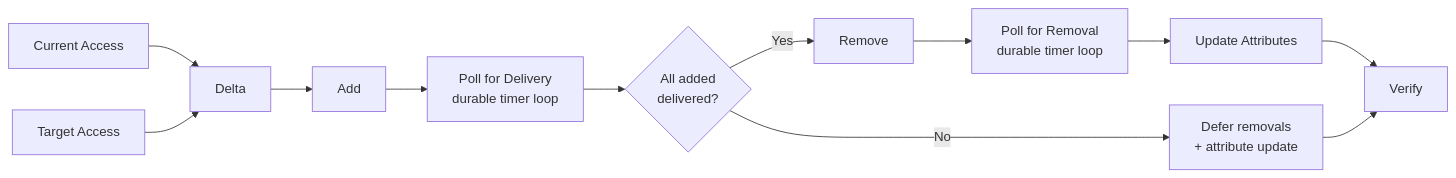
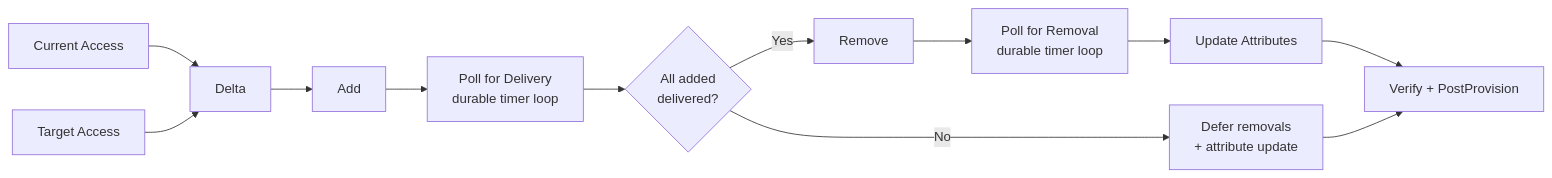
Before and after one commit to donhenzo/JML-EnigneV2: the second of 5 diagrams in READme.md, drawn with Mermaid. The commit also changed other lines of this file and 6 other files, not shown here.

````diff
--- a/READme.md
+++ b/READme.md
@@ -57,11 +58,11 @@
 ```mermaid
 flowchart LR
     CUR["Current Access"] --> DELTA["Delta"]
     TGT["Target Access"] --> DELTA
     DELTA --> ADD["Add"]
     ADD --> POLL1["Poll for Delivery<br/>durable timer loop"]
     POLL1 --> GATE{"All added<br/>delivered?"}
     GATE -->|Yes| REM["Remove"] --> POLL2["Poll for Removal<br/>durable timer loop"]
-    POLL2 --> ATTR["Update Attributes"] --> VER["Verify"]
+    POLL2 --> ATTR["Update Attributes"] --> VER["Verify + PostProvision"]
     GATE -->|No| DEFER["Defer removals<br/>+ attribute update"] --> VER
 ```
````
